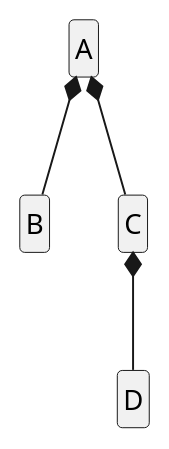
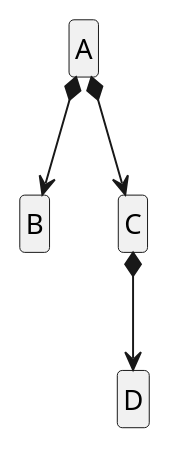
One commit to LionWeb-io/specification changed diagram 11 of 18 in articles/model-anatomy.adoc. Above: the diagram before and after it, drawn with PlantUML. The commit also changed other lines of this file, not shown here.

```diff
--- a/articles/model-anatomy.adoc
+++ b/articles/model-anatomy.adoc
@@ -337,14 +338,14 @@
 [plantuml, axis, svg]
 ----
 hide empty members
 hide circles
 
 class A
 class B
 class C
 class D
 
-A *-- B
-A *-- C
-C *-- D
+A *--> B
+A *--> C
+C *--> D
 ----
```
